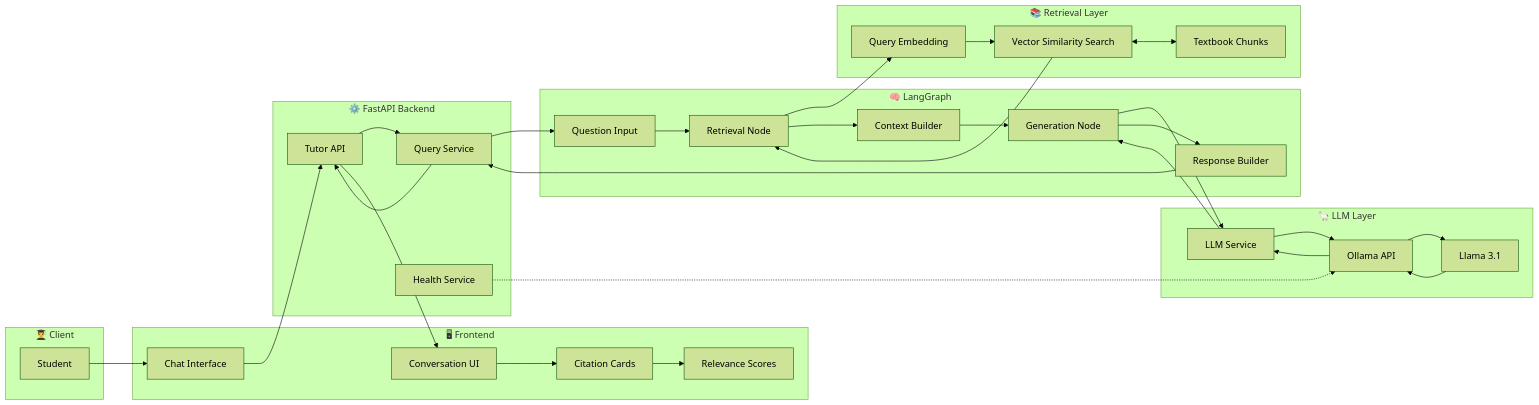
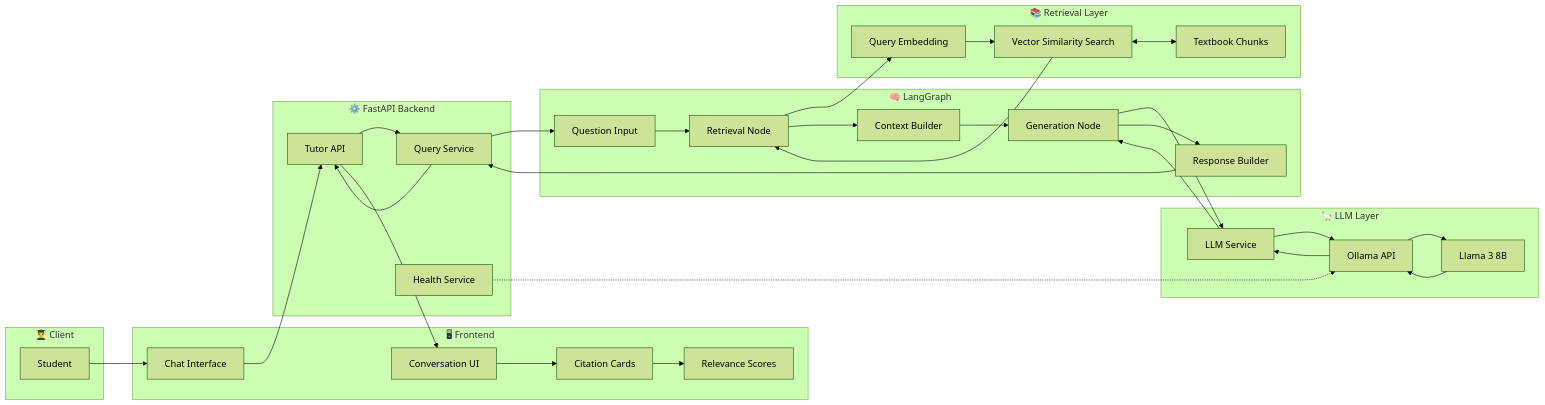
The third of 4 diagrams in README.md (Aayushpulkundwar/LearnMateAI), drawn with Mermaid (forest theme) before and after one commit. The commit also changed other lines of this file and 309 other files, not shown here.

```diff
--- a/README.md
+++ b/README.md
@@ -1386,7 +1476,7 @@
     subgraph Inference["🦙 LLM Layer"]
         LLMService["LLM Service"]
         Ollama["Ollama API"]
-        Llama["Llama 3.1"]
+        Llama["Llama 3 8B"]
     end
 
     Student --> Chat
```
